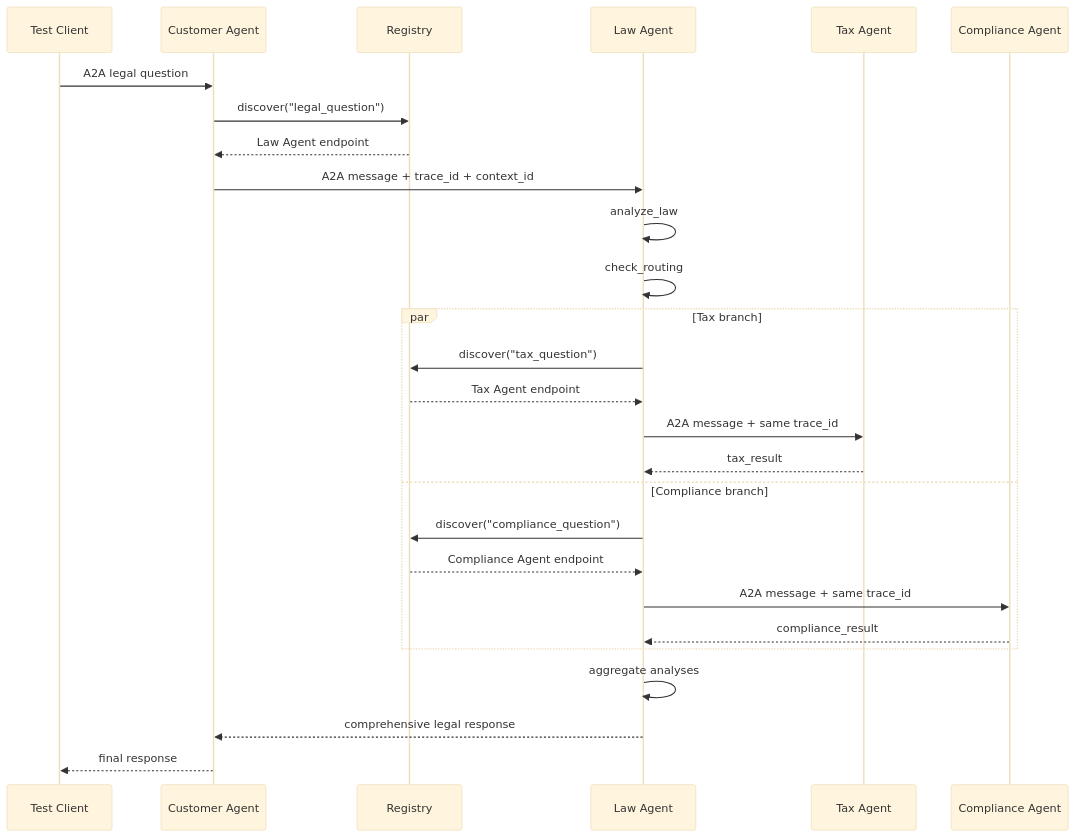
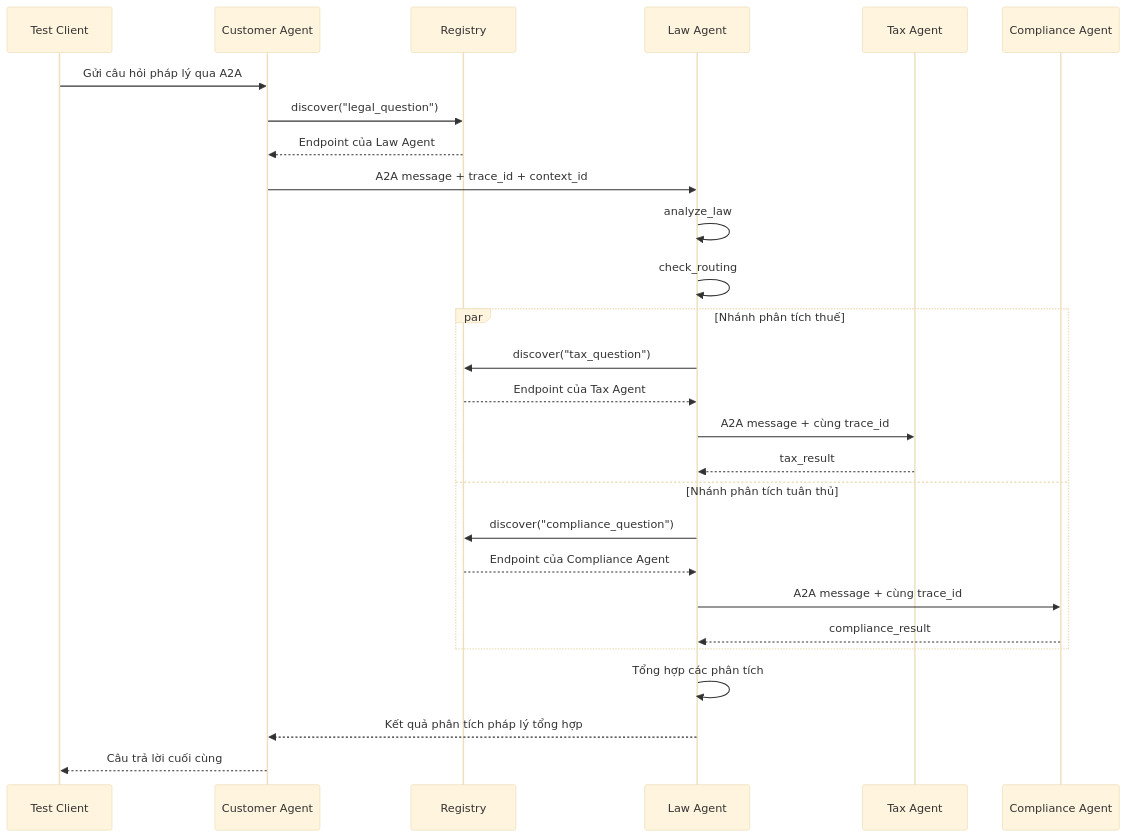
One commit to 22021202-VU-VAN-HUY/Batch02-Day9_Multi-Agent_MCP-A2A changed the diagram in docs/STAGE5_LAB.md. Above: the diagram before and after it, drawn with Mermaid (base theme). The commit also changed other lines of this file and 1 other file, not shown here.

````diff
--- a/docs/STAGE5_LAB.md
+++ b/docs/STAGE5_LAB.md
@@ -15,32 +15,32 @@
 ```mermaid
 sequenceDiagram
     participant User as Test Client
     participant Customer as Customer Agent
     participant Registry
     participant Law as Law Agent
     participant Tax as Tax Agent
     participant Compliance as Compliance Agent
 
-    User->>Customer: A2A legal question
+    User->>Customer: Gửi câu hỏi pháp lý qua A2A
     Customer->>Registry: discover("legal_question")
-    Registry-->>Customer: Law Agent endpoint
+    Registry-->>Customer: Endpoint của Law Agent
     Customer->>Law: A2A message + trace_id + context_id
     Law->>Law: analyze_law
     Law->>Law: check_routing
 
-    par Tax branch
+    par Nhánh phân tích thuế
         Law->>Registry: discover("tax_question")
-        Registry-->>Law: Tax Agent endpoint
-        Law->>Tax: A2A message + same trace_id
+        Registry-->>Law: Endpoint của Tax Agent
+        Law->>Tax: A2A message + cùng trace_id
         Tax-->>Law: tax_result
-    and Compliance branch
+    and Nhánh phân tích tuân thủ
         Law->>Registry: discover("compliance_question")
-        Registry-->>Law: Compliance Agent endpoint
-        Law->>Compliance: A2A message + same trace_id
+        Registry-->>Law: Endpoint của Compliance Agent
+        Law->>Compliance: A2A message + cùng trace_id
         Compliance-->>Law: compliance_result
     end
 
-    Law->>Law: aggregate analyses
-    Law-->>Customer: comprehensive legal response
-    Customer-->>User: final response
+    Law->>Law: Tổng hợp các phân tích
+    Law-->>Customer: Kết quả phân tích pháp lý tổng hợp
+    Customer-->>User: Câu trả lời cuối cùng
 ```
````
